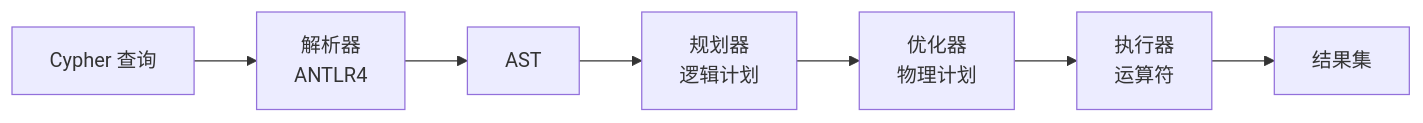
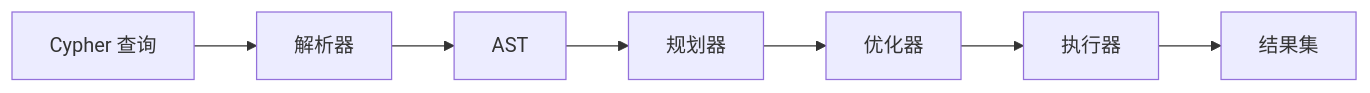
The first of 6 diagrams in docs/zh/architecture/query-engine.md (nexepic/zyx), drawn with Mermaid before and after one commit. The commit also changed other lines of this file and 21 other files, not shown here.

First line of the commit message:
fix: resolve Mermaid diagram display issues in VitePress

````diff
--- a/docs/zh/architecture/query-engine.md
+++ b/docs/zh/architecture/query-engine.md
@@ -7,9 +7,9 @@
 ```mermaid
 graph LR
-    A[Cypher 查询] --> B[解析器<br/>ANTLR4]
+    A[Cypher 查询] --> B[解析器]
     B --> C[AST]
-    C --> D[规划器<br/>逻辑计划]
-    D --> E[优化器<br/>物理计划]
-    E --> F[执行器<br/>运算符]
+    C --> D[规划器]
+    D --> E[优化器]
+    E --> F[执行器]
     F --> G[结果集]
 ```
````
